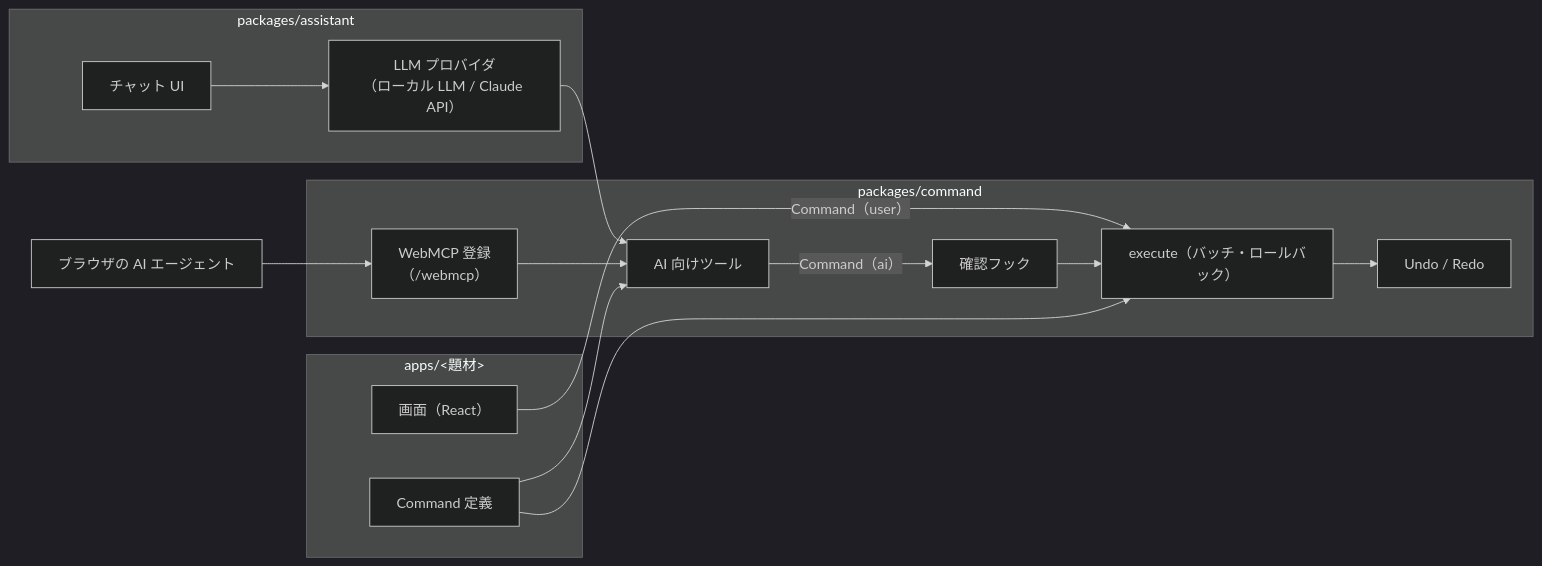
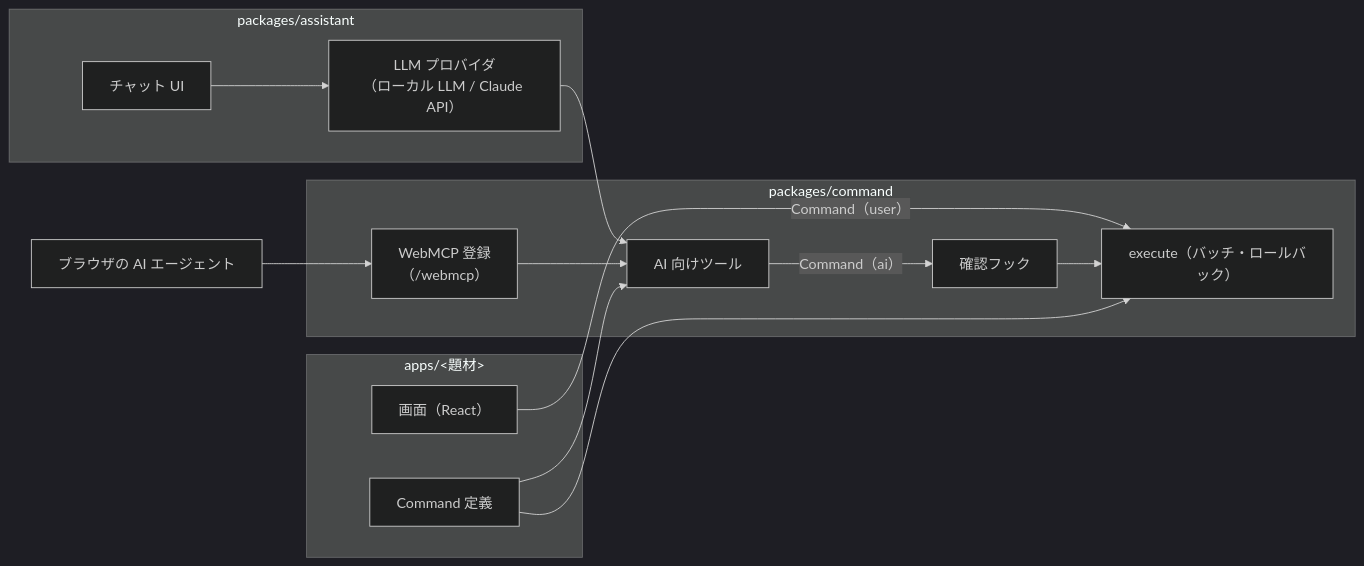
Before and after one commit to fujibayashi-ast/ai-friendly: the diagram in docs/architecture.md, drawn with Mermaid (dark theme). The commit also changed other lines of this file and 12 other files, not shown here.

First line of the commit message:
chore: Command 基盤から Undo / Redo と操作の履歴を外す (#22)

````diff
--- a/docs/architecture.md
+++ b/docs/architecture.md
@@ -5,27 +5,25 @@
 ```mermaid
 flowchart LR
   subgraph app["apps/&lt;題材&gt;"]
     UI["画面（React）"]
     Defs["Command 定義"]
   end
   subgraph assistant["packages/assistant"]
     Chat["チャット UI"]
     LLM["LLM プロバイダ<br>（ローカル LLM / Claude API）"]
   end
   subgraph command["packages/command"]
     Tools["AI 向けツール"]
     WebMCP["WebMCP 登録<br>（/webmcp）"]
     Exec["execute（バッチ・ロールバック）"]
-    History["Undo / Redo"]
     Confirm["確認フック"]
   end
   Agent["ブラウザの AI エージェント"]
 
   UI -- "Command（user）" --> Exec
   Chat --> LLM --> Tools
   Agent --> WebMCP --> Tools
   Tools -- "Command（ai）" --> Confirm --> Exec
   Defs --> Tools
   Defs --> Exec
-  Exec --> History
 ```
````
